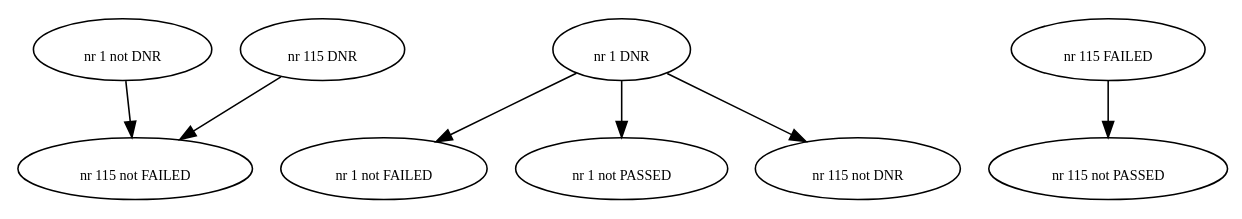
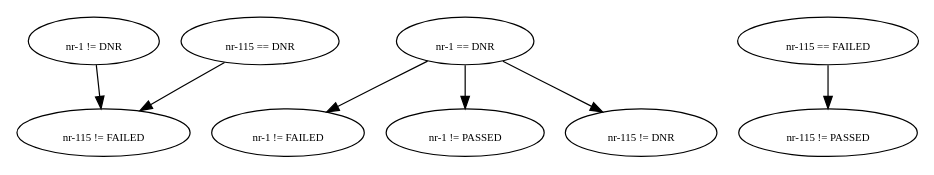
Before and after one commit to jwelch01/Partition: the diagram in examples/2.dot, drawn with Graphviz. The commit also changed 1 other file, not shown here.

```diff
--- a/examples/2.dot
+++ b/examples/2.dot
@@ -1,19 +1,19 @@
 digraph testgraph { fontsize="9" 
-size="10.3,7.7"; ratio=compress
+size="7.7,10.3"; ratio=compress
 node [fontsize="9"] 
-edge [fontsize="9"]N12 [label="\nnr 1 not DNR"]
-N10 [label="\nnr 1 not FAILED"]
-N8 [label="\nnr 1 not PASSED"]
-N11 [label="\nnr 1 DNR"]
-N6 [label="\nnr 115 not DNR"]
-N5 [label="\nnr 115 DNR"]
-N4 [label="\nnr 115 not FAILED"]
-N3 [label="\nnr 115 FAILED"]
-N2 [label="\nnr 115 not PASSED"]
+edge [fontsize="9"]N12 [label="\nnr-1 != DNR"]
+N10 [label="\nnr-1 != FAILED"]
+N8 [label="\nnr-1 != PASSED"]
+N11 [label="\nnr-1 == DNR"]
+N6 [label="\nnr-115 != DNR"]
+N5 [label="\nnr-115 == DNR"]
+N4 [label="\nnr-115 != FAILED"]
+N3 [label="\nnr-115 == FAILED"]
+N2 [label="\nnr-115 != PASSED"]
 N12 -> N4 
 N11 -> N10 
 N11 -> N8 
 N11 -> N6 
 N5 -> N4 
 N3 -> N2 
 }
```
